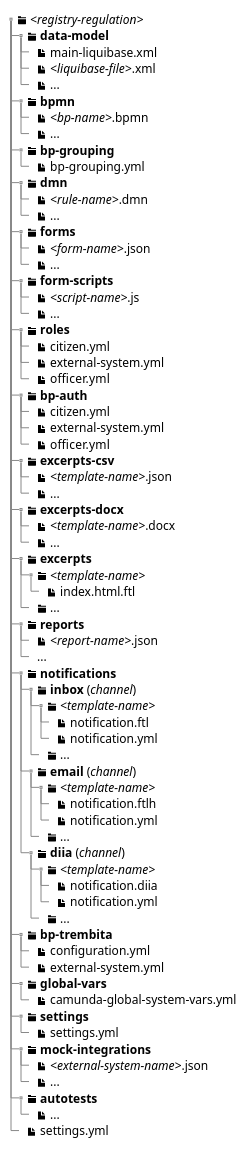
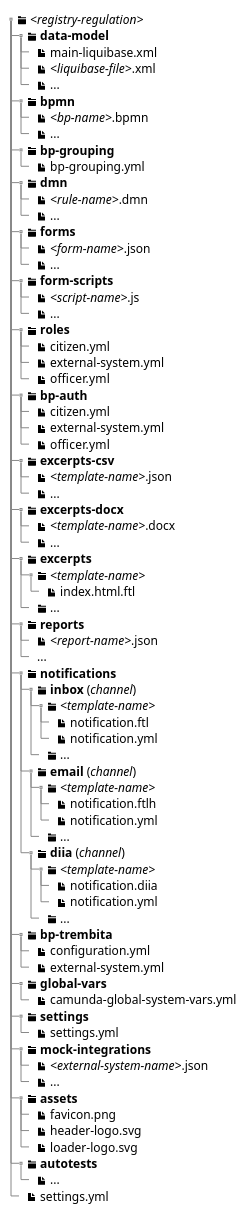
Before and after one commit to epam/edp-ddm-architecture: the diagram in docs/ua/modules/arch/pages/architecture/registry/administrative/regulation-management/registry-regulation/registry-regulation.adoc, drawn with PlantUML. The commit also changed other lines of this file and 6 other files, not shown here.

```diff
--- a/docs/ua/modules/arch/pages/architecture/registry/administrative/regulation-management/registry-regulation/registry-regulation.adoc
+++ b/docs/ua/modules/arch/pages/architecture/registry/administrative/regulation-management/registry-regulation/registry-regulation.adoc
@@ -32,78 +32,82 @@
 [plantuml, registry-regulation-structure, svg]
 ----
 @startsalt
 {
 {T
 + <&folder> <i><registry-regulation></i>
 ++ <&folder> <b>data-model</b>
 +++ <&file> main-liquibase.xml
 +++ <&file> <i><liquibase-file></i>.xml
 +++ <&file> ...
 ++ <&folder> <b>bpmn</b>
 +++ <&file> <i><bp-name></i>.bpmn
 +++ <&file> ...
 ++ <&folder> <b>bp-grouping</b>
 +++ <&file> bp-grouping.yml
 ++ <&folder> <b>dmn</b>
 +++ <&file> <i><rule-name></i>.dmn
 +++ <&file> ...
 ++ <&folder> <b>forms</b>
 +++ <&file> <i><form-name></i>.json
 +++ <&file> ...
 ++ <&folder> <b>form-scripts</b>
 +++ <&file> <i><script-name></i>.js
 +++ <&file> ...
 ++ <&folder> <b>roles</b>
 +++ <&file> citizen.yml
 +++ <&file> external-system.yml
 +++ <&file> officer.yml
 ++ <&folder> <b>bp-auth</b>
 +++ <&file> citizen.yml
 +++ <&file> external-system.yml
 +++ <&file> officer.yml
 ++ <&folder> <b>excerpts-csv</b>
 +++ <&file> <i><template-name></i>.json
 +++ <&file> ...
 ++ <&folder> <b>excerpts-docx</b>
 +++ <&file> <i><template-name></i>.docx
 +++ <&file> ...
 ++ <&folder> <b>excerpts</b>
 +++ <&folder> <i><template-name></i>
 ++++ <&file> index.html.ftl
 +++ <&folder> ...
 ++ <&folder> <b>reports</b>
 +++ <&file> <i><report-name></i>.json
 +++ ...
 ++ <&folder> <b>notifications</b>
 +++ <&folder> <b>inbox</b> (<i>channel</i>)
 ++++ <&folder> <i><template-name></i>
 +++++ <&file> notification.ftl
 +++++ <&file> notification.yml
 ++++ <&folder> ...
 +++ <&folder> <b>email</b> (<i>channel</i>)
 ++++ <&folder> <i><template-name></i>
 +++++ <&file> notification.ftlh
 +++++ <&file> notification.yml
 ++++ <&folder> ...
 +++ <&folder> <b>diia</b> (<i>channel</i>)
 ++++ <&folder> <i><template-name></i>
 +++++ <&file> notification.diia
 +++++ <&file> notification.yml
 ++++ <&folder> ...
 ++ <&folder> <b>bp-trembita</b>
 +++ <&file> configuration.yml
 +++ <&file> external-system.yml
 ++ <&folder> <b>global-vars</b>
 +++ <&file> camunda-global-system-vars.yml
 ++ <&folder> <b>settings</b>
 +++ <&file> settings.yml
 ++ <&folder> <b>mock-integrations</b>
 +++ <&file> <i><external-system-name></i>.json
 +++ <&file> ...
+++ <&folder> <b>assets</b>
++++ <&file> favicon.png
++++ <&file> header-logo.svg
++++ <&file> loader-logo.svg
 ++ <&folder> <b>autotests</b>
 +++ <&file> ...
 ++ <&file> settings.yml
 }
 }
 @endsalt
 ----
```
